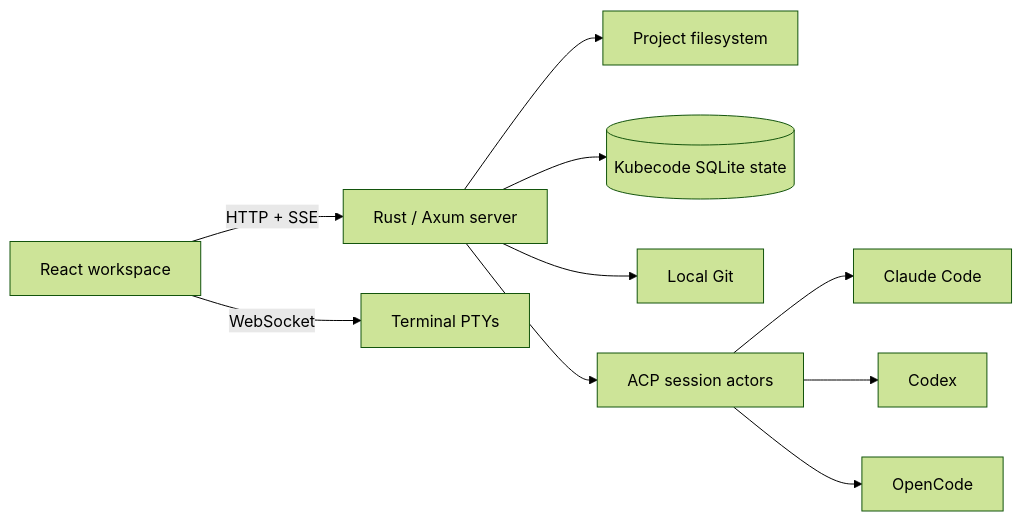
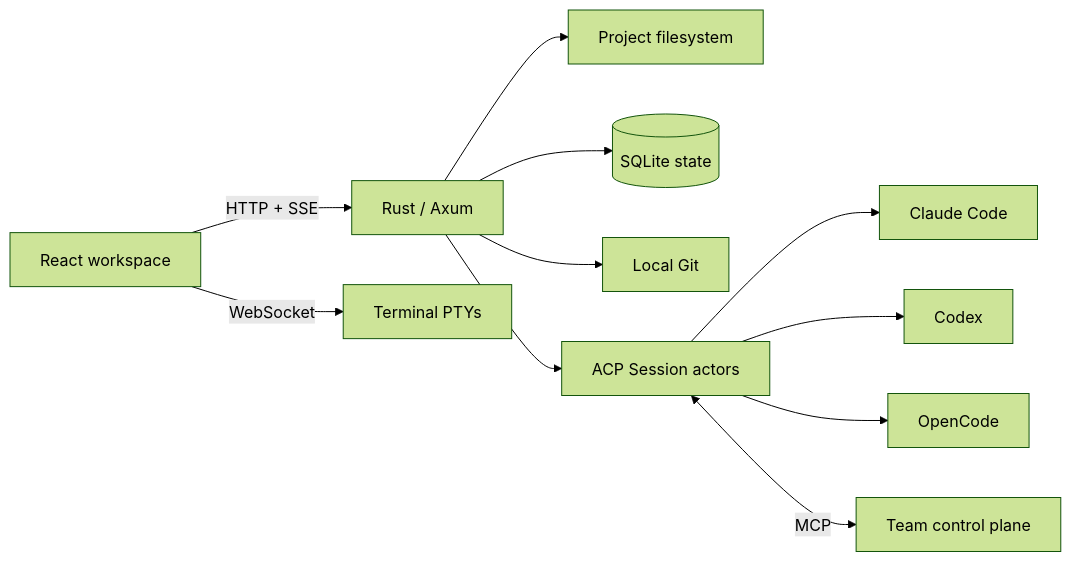
Before and after one commit to Bayes-Cluster/kubecode: the diagram in README.md, drawn with Mermaid (forest theme). The commit also changed other lines of this file and 30 other files, not shown here.

````diff
--- a/README.md
+++ b/README.md
@@ -58,12 +114,13 @@
 ```mermaid
 flowchart LR
-  Browser[React workspace] -->|HTTP + SSE| Server[Rust / Axum server]
-  Browser -->|WebSocket| PTY[Terminal PTYs]
+  Browser[React workspace] -->|HTTP + SSE| Server[Rust / Axum]
+  Browser -->|WebSocket| Terminal[Terminal PTYs]
   Server --> Workspace[Project filesystem]
-  Server --> SQLite[(Kubecode SQLite state)]
+  Server --> State[(SQLite state)]
   Server --> Git[Local Git]
-  Server --> ACP[ACP session actors]
+  Server --> ACP[ACP Session actors]
   ACP --> Claude[Claude Code]
   ACP --> Codex[Codex]
   ACP --> OpenCode[OpenCode]
+  ACP <-->|MCP| Team[Team control plane]
 ```
````
